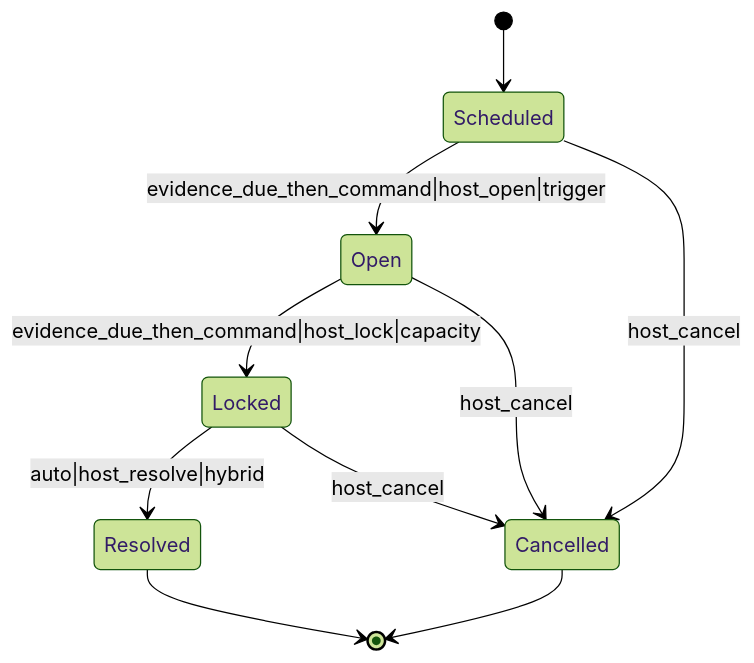
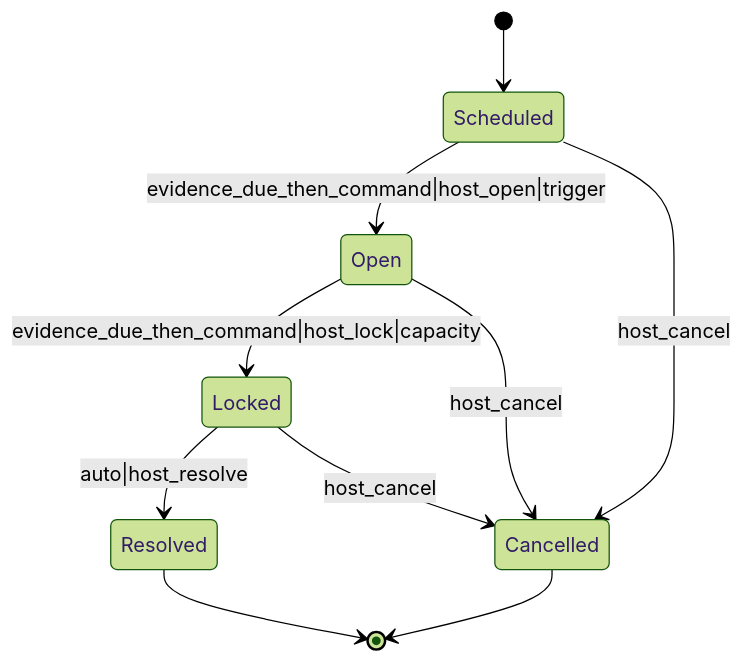
One commit to fluffyrabbot/fmarch changed the second of 4 diagrams in docs/arch/14-mash-and-manual-frontier.md. Above: the diagram before and after it, drawn with Mermaid (forest theme). The commit also changed other lines of this file and 7 other files, not shown here.

Commit message:
Generate remaining architecture type inventories from Rust

````diff
--- a/docs/arch/14-mash-and-manual-frontier.md
+++ b/docs/arch/14-mash-and-manual-frontier.md
@@ -316,12 +250,12 @@
 ```mermaid
 stateDiagram-v2
   [*] --> Scheduled
   Scheduled --> Open: evidence_due_then_command|host_open|trigger
   Scheduled --> Cancelled: host_cancel
   Open --> Locked: evidence_due_then_command|host_lock|capacity
   Open --> Cancelled: host_cancel
-  Locked --> Resolved: auto|host_resolve|hybrid
+  Locked --> Resolved: auto|host_resolve
   Locked --> Cancelled: host_cancel
   Resolved --> [*]
   Cancelled --> [*]
 ```
````
